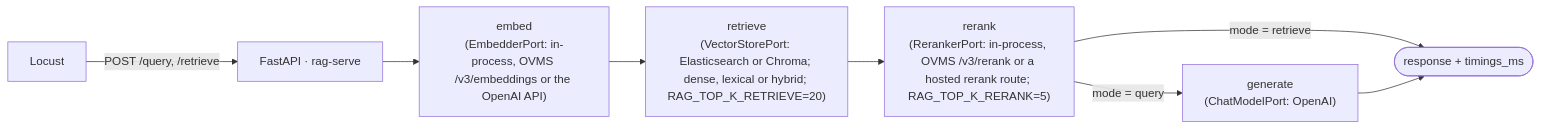
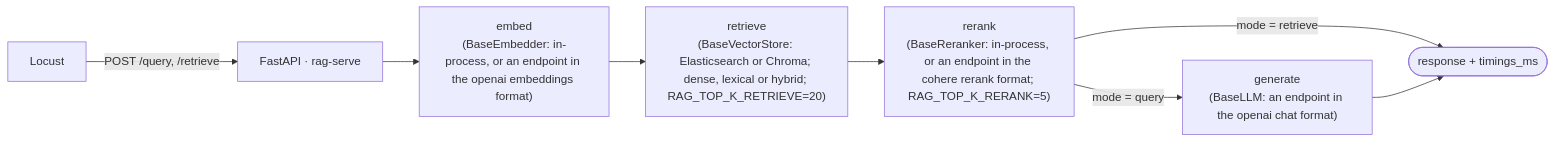
Before and after one commit to msobroza/rag_topology_loadtest: the diagram in README.md, drawn with Mermaid. The commit also changed other lines of this file and 115 other files, not shown here.

````diff
--- a/README.md
+++ b/README.md
@@ -29,10 +30,10 @@
 ```mermaid
 flowchart LR
     L[Locust] -->|POST /query, /retrieve| API[FastAPI · rag-serve]
-    API --> E["embed<br/>(EmbedderPort: in-process, OVMS /v3/embeddings or the OpenAI API)"]
-    E --> R["retrieve<br/>(VectorStorePort: Elasticsearch or Chroma; dense, lexical or hybrid; RAG_TOP_K_RETRIEVE=20)"]
-    R --> K["rerank<br/>(RerankerPort: in-process, OVMS /v3/rerank or a hosted rerank route; RAG_TOP_K_RERANK=5)"]
-    K -->|mode = query| G["generate<br/>(ChatModelPort: OpenAI)"]
+    API --> E["embed<br/>(BaseEmbedder: in-process, or an endpoint in the openai embeddings format)"]
+    E --> R["retrieve<br/>(BaseVectorStore: Elasticsearch or Chroma; dense, lexical or hybrid; RAG_TOP_K_RETRIEVE=20)"]
+    R --> K["rerank<br/>(BaseReranker: in-process, or an endpoint in the cohere rerank format; RAG_TOP_K_RERANK=5)"]
+    K -->|mode = query| G["generate<br/>(BaseLLM: an endpoint in the openai chat format)"]
     K -->|mode = retrieve| Z([response + timings_ms])
     G --> Z
 ```
````
